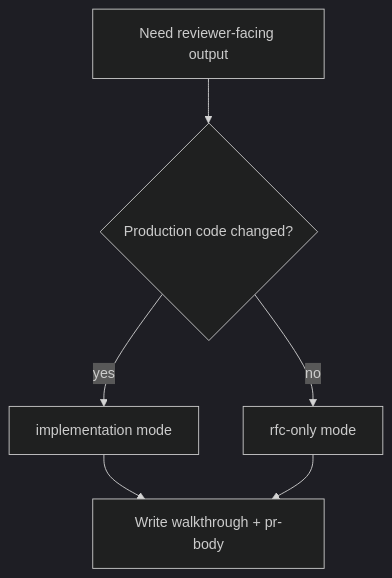
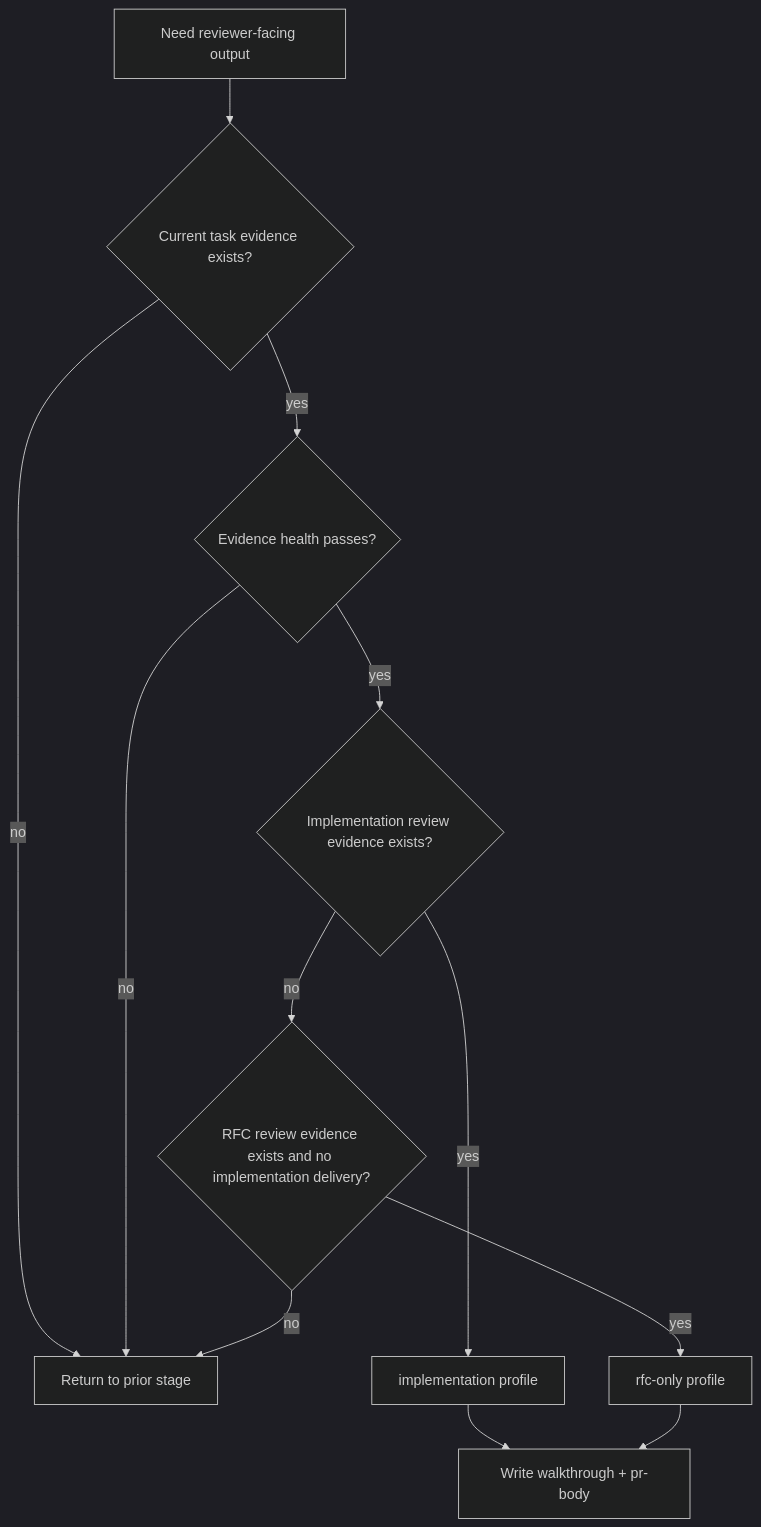
Before and after one commit to Thrimbda/legion-mind: the diagram in skills/report-walkthrough/SKILL.md, drawn with Mermaid (dark theme). The commit also changed other lines of this file and 16 other files, not shown here.

````diff
--- a/skills/report-walkthrough/SKILL.md
+++ b/skills/report-walkthrough/SKILL.md
@@ -31,8 +43,14 @@
 ```mermaid
 flowchart TD
-    A[Need reviewer-facing output] --> B{Production code changed?}
-    B -- yes --> C[implementation mode]
-    B -- no --> D[rfc-only mode]
-    C --> E[Write walkthrough + pr-body]
-    D --> E
+    A[Need reviewer-facing output] --> B{Current task evidence exists?}
+    B -- no --> R[Return to prior stage]
+    B -- yes --> C{Evidence health passes?}
+    C -- no --> R
+    C -- yes --> D{Implementation review evidence exists?}
+    D -- yes --> I[implementation profile]
+    D -- no --> E{RFC review evidence exists and no implementation delivery?}
+    E -- yes --> F[rfc-only profile]
+    E -- no --> R
+    I --> W[Write walkthrough + pr-body]
+    F --> W
 ```
````
